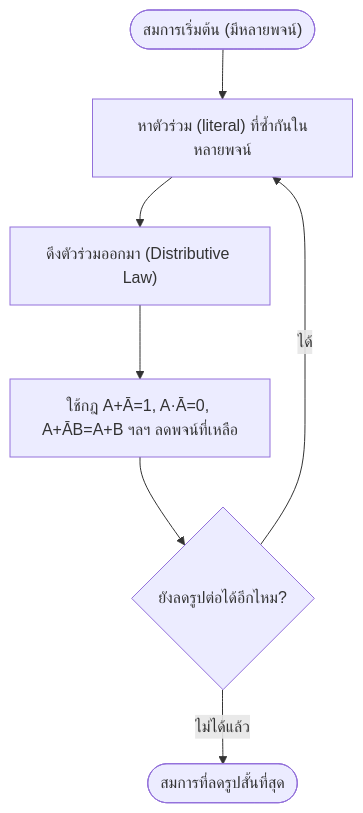
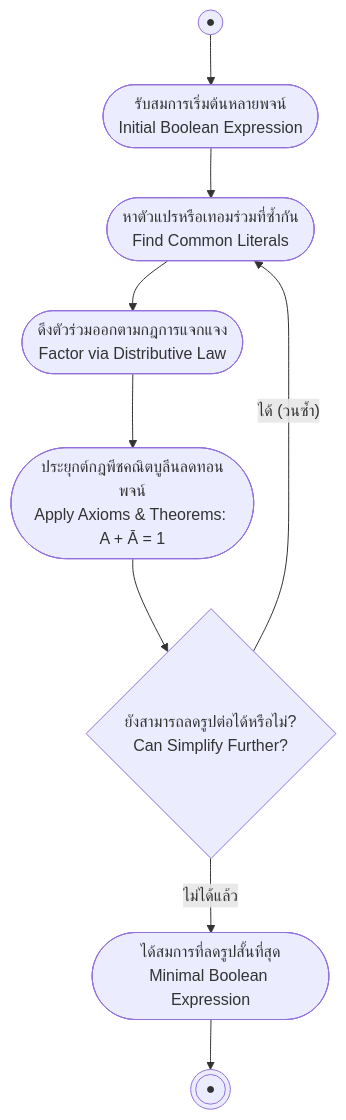
Before and after one commit to PhuriphatTyPeZ3r0/Course-1322201-Digital-Logic-Design-2026: the diagram in 01_Lectures/Week3/Boolean-Algebra-Simplification.md, drawn with Mermaid. The commit also changed 18 other files, not shown here.

Commit message:
refactor: standardize diagrams to UML specifications across notes and templates

````diff
--- a/01_Lectures/Week3/Boolean-Algebra-Simplification.md
+++ b/01_Lectures/Week3/Boolean-Algebra-Simplification.md
@@ -69,9 +69,11 @@
 ```mermaid
 flowchart TD
-    Start(["สมการเริ่มต้น (มีหลายพจน์)"]) --> Find["หาตัวร่วม (literal) ที่ซ้ำกันในหลายพจน์"]
-    Find --> Factor["ดึงตัวร่วมออกมา (Distributive Law)"]
-    Factor --> Apply["ใช้กฎ A+Ā=1, A·Ā=0, A+ĀB=A+B ฯลฯ ลดพจน์ที่เหลือ"]
-    Apply --> Check{"ยังลดรูปต่อได้อีกไหม?"}
-    Check -->|"ได้"| Find
-    Check -->|"ไม่ได้แล้ว"| Done(["สมการที่ลดรูปสั้นที่สุด"])
+    Start((●)) --> Init([รับสมการเริ่มต้นหลายพจน์<br>Initial Boolean Expression])
+    Init --> Find([หาตัวแปรหรือเทอมร่วมที่ซ้ำกัน<br>Find Common Literals])
+    Find --> Factor([ดึงตัวร่วมออกตามกฎการแจกแจง<br>Factor via Distributive Law])
+    Factor --> Apply([ประยุกต์กฎพีชคณิตบูลีนลดทอนพจน์<br>Apply Axioms & Theorems: A + Ā = 1])
+    Apply --> Check{ยังสามารถลดรูปต่อได้หรือไม่?<br>Can Simplify Further?}
+    Check -- ได้ (วนซ้ำ) --> Find
+    Check -- ไม่ได้แล้ว --> Done([ได้สมการที่ลดรูปสั้นที่สุด<br>Minimal Boolean Expression])
+    Done --> EndNode(((●)))
 ```
````
